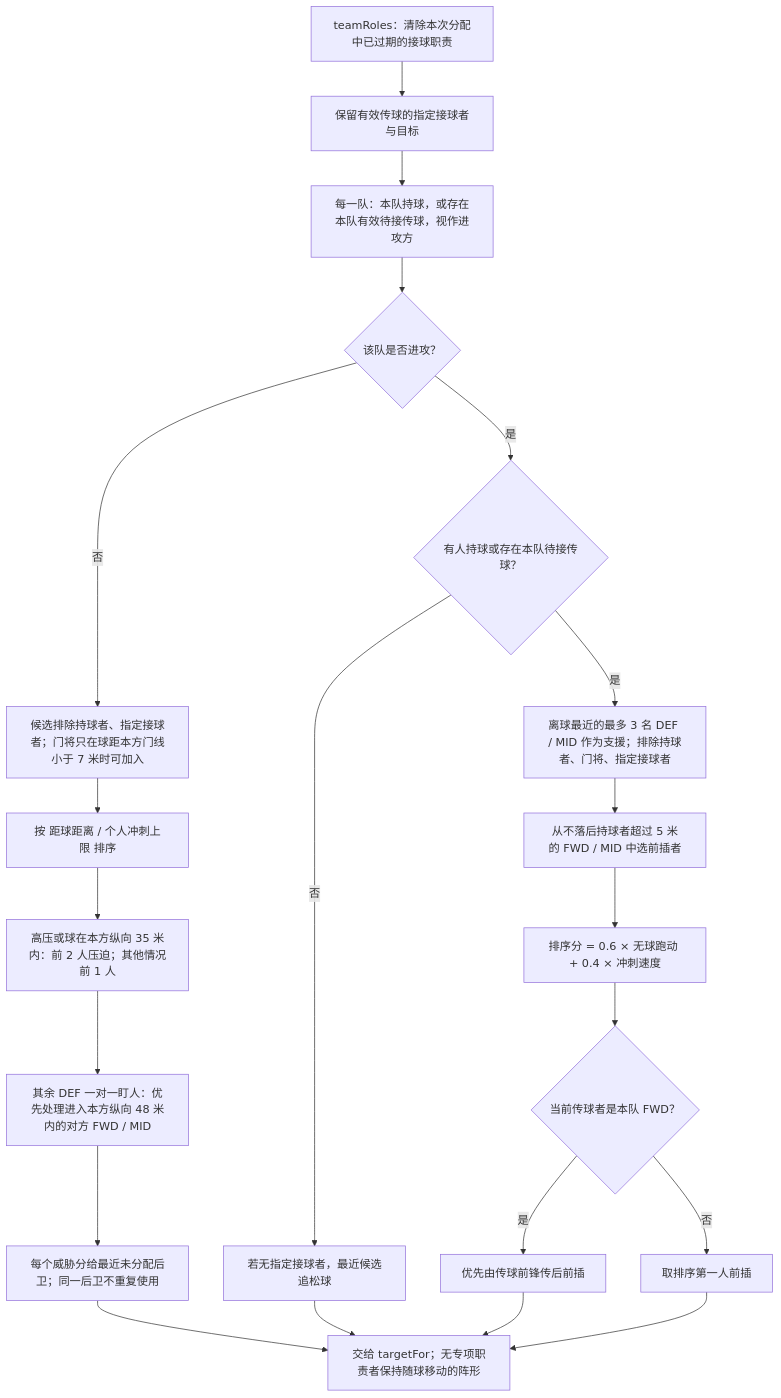
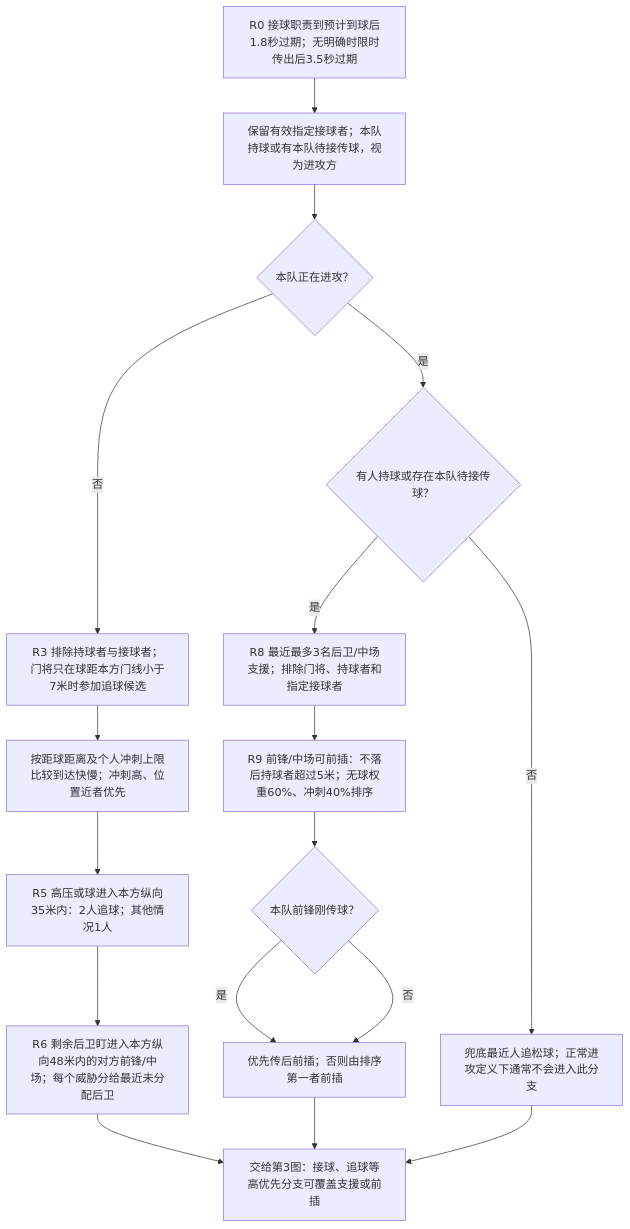
One commit to sixu3575/touchline-manager changed the second of 6 diagrams in packages/shared/modules/matches/design/PLAYER_DECISION_MAP.md. Above: the diagram before and after it, drawn with Mermaid. The commit also changed other lines of this file and 16 other files, not shown here.

````diff
--- a/packages/shared/modules/matches/design/PLAYER_DECISION_MAP.md
+++ b/packages/shared/modules/matches/design/PLAYER_DECISION_MAP.md
@@ -32,23 +53,19 @@
 ```mermaid
 flowchart TD
-  A["teamRoles：清除本次分配中已过期的接球职责"] --> B["保留有效传球的指定接球者与目标"]
-  B --> C["每一队：本队持球，或存在本队有效待接传球，视作进攻方"]
-  C --> D{"该队是否进攻？"}
-  D -->|否| E["候选排除持球者、指定接球者；门将只在球距本方门线小于 7 米时可加入"]
-  E --> F["按 距球距离 / 个人冲刺上限 排序"]
-  F --> G["高压或球在本方纵向 35 米内：前 2 人压迫；其他情况前 1 人"]
-  G --> H["其余 DEF 一对一盯人：优先处理进入本方纵向 48 米内的对方 FWD / MID"]
-  H --> I["每个威胁分给最近未分配后卫；同一后卫不重复使用"]
-  D -->|是| J{"有人持球或存在本队待接传球？"}
-  J -->|否| K["若无指定接球者，最近候选追松球"]
-  J -->|是| L["离球最近的最多 3 名 DEF / MID 作为支援；排除持球者、门将、指定接球者"]
-  L --> M["从不落后持球者超过 5 米的 FWD / MID 中选前插者"]
-  M --> N["排序分 = 0.6 × 无球跑动 + 0.4 × 冲刺速度"]
-  N --> O{"当前传球者是本队 FWD？"}
-  O -->|是| P["优先由传球前锋传后前插"]
-  O -->|否| Q["取排序第一人前插"]
-  I --> R["交给 targetFor；无专项职责者保持随球移动的阵形"]
-  K --> R
-  P --> R
-  Q --> R
+  R0["R0 接球职责到预计到球后1.8秒过期；无明确时限时传出后3.5秒过期"] --> R1["保留有效指定接球者；本队持球或有本队待接传球，视为进攻方"]
+  R1 --> R2{"本队正在进攻？"}
+  R2 -->|否| R3["R3 排除持球者与接球者；门将只在球距本方门线小于7米时参加追球候选"]
+  R3 --> R4["按距球距离及个人冲刺上限比较到达快慢；冲刺高、位置近者优先"]
+  R4 --> R5["R5 高压或球进入本方纵向35米内：2人追球；其他情况1人"]
+  R5 --> R6["R6 剩余后卫盯进入本方纵向48米内的对方前锋/中场；每个威胁分给最近未分配后卫"]
+  R2 -->|是| R7{"有人持球或存在本队待接传球？"}
+  R7 -->|是| R8["R8 最近最多3名后卫/中场支援；排除门将、持球者和指定接球者"]
+  R8 --> R9["R9 前锋/中场可前插：不落后持球者超过5米；无球权重60%、冲刺40%排序"]
+  R9 --> R10{"本队前锋刚传球？"}
+  R10 -->|是| R11["优先传后前插；否则由排序第一者前插"]
+  R10 -->|否| R11
+  R7 -->|否| R12["兜底最近人追松球；正常进攻定义下通常不会进入此分支"]
+  R6 --> R13["交给第3图：接球、追球等高优先分支可覆盖支援或前插"]
+  R11 --> R13
+  R12 --> R13
 ```
````
